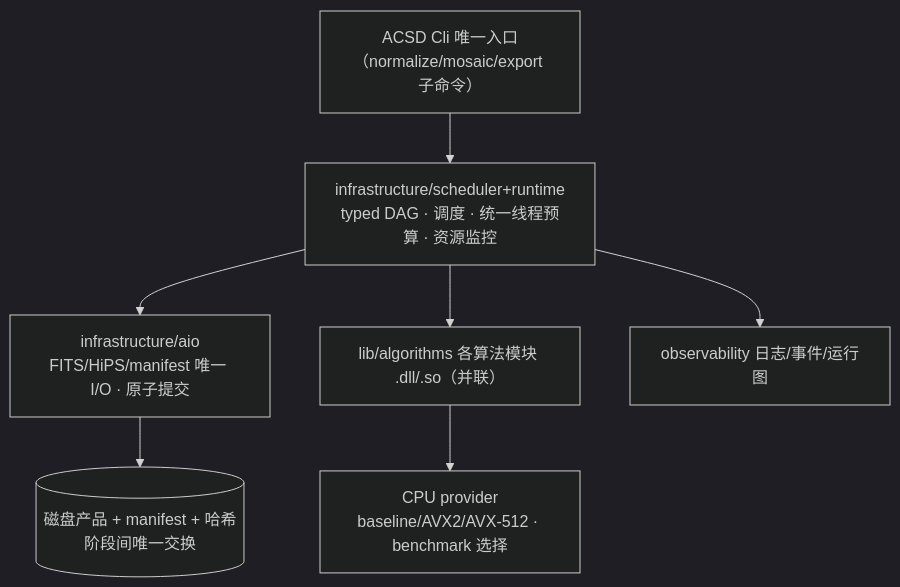
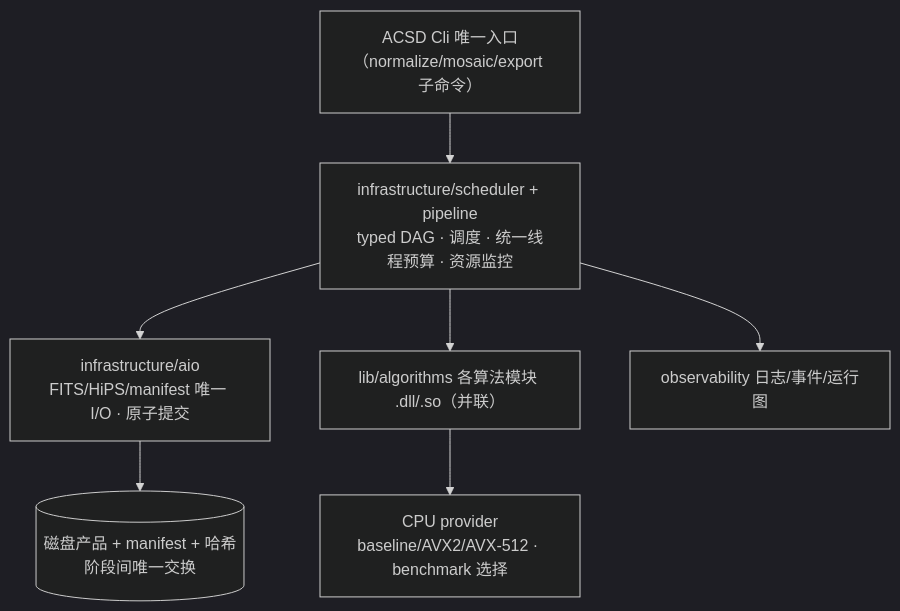
Before and after one commit to fujiaze/Astro-CS-Database: the ninth of 12 diagrams in ASTROCS_DESIGN.md, drawn with Mermaid (dark theme). The commit also changed other lines of this file, not shown here.

````diff
--- a/ASTROCS_DESIGN.md
+++ b/ASTROCS_DESIGN.md
@@ -782,10 +894,10 @@
 ```mermaid
 flowchart TD
     EXE["ACSD Cli 唯一入口（normalize/mosaic/export 子命令）"]
-    EXE --> RT["infrastructure/scheduler+runtime<br/>typed DAG · 调度 · 统一线程预算 · 资源监控"]
+    EXE --> RT["infrastructure/scheduler + pipeline<br/>typed DAG · 调度 · 统一线程预算 · 资源监控"]
     RT --> AIO["infrastructure/aio<br/>FITS/HiPS/manifest 唯一 I/O · 原子提交"]
     RT --> ALG["lib/algorithms 各算法模块 .dll/.so（并联）"]
     ALG --> CPU["CPU provider<br/>baseline/AVX2/AVX-512 · benchmark 选择"]
     AIO --> DISK[("磁盘产品 + manifest + 哈希<br/>阶段间唯一交换")]
     RT --> OBS["observability 日志/事件/运行图"]
 ```
````
